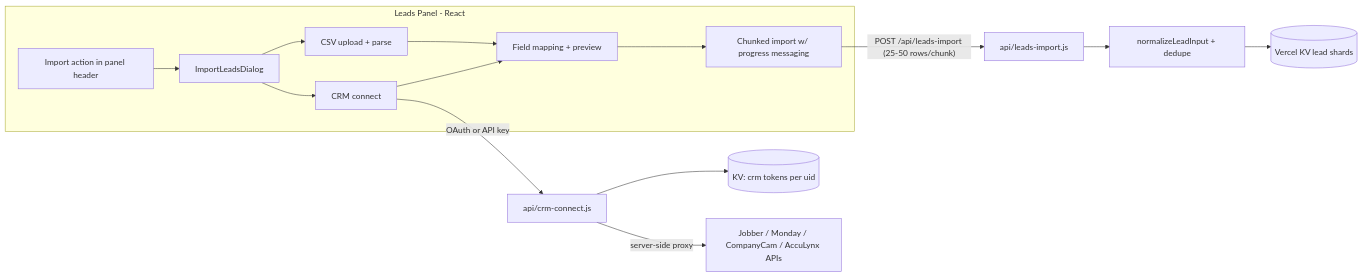
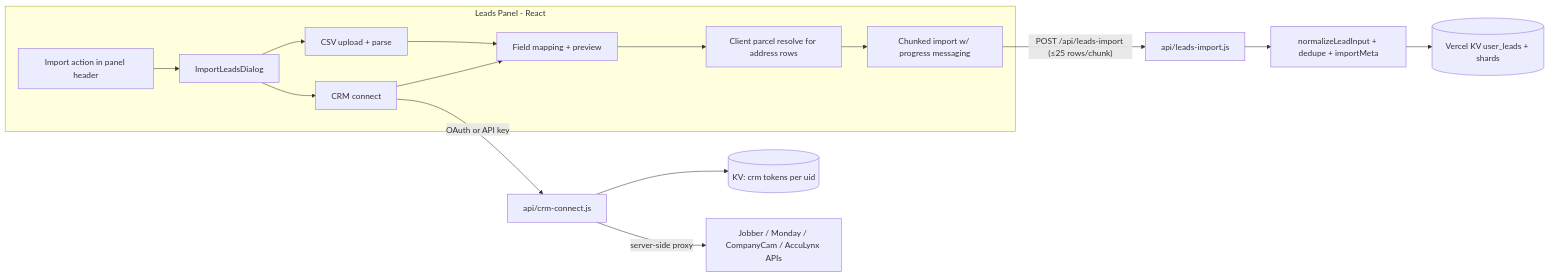
One commit to Benjruelas/property-list-builder changed the diagram in docs/plans/lead-import-feature.md. Above: the diagram before and after it, drawn with Mermaid. The commit also changed other lines of this file, not shown here.

First line of the commit message:
docs: revise lead import plan after codebase review

````diff
--- a/docs/plans/lead-import-feature.md
+++ b/docs/plans/lead-import-feature.md
@@ -18,16 +21,17 @@
 ```mermaid
 flowchart LR
   subgraph client [Leads Panel - React]
     ImportBtn[Import action in panel header] --> ImportDialog[ImportLeadsDialog]
     ImportDialog --> CsvFlow[CSV upload + parse]
     ImportDialog --> CrmFlow[CRM connect]
     CsvFlow --> Mapper[Field mapping + preview]
     CrmFlow --> Mapper
-    Mapper --> Batcher[Chunked import w/ progress messaging]
+    Mapper --> ParcelPrep[Client parcel resolve for address rows]
+    ParcelPrep --> Batcher[Chunked import w/ progress messaging]
   end
-  Batcher -->|"POST /api/leads-import (25-50 rows/chunk)"| BulkApi[api/leads-import.js]
+  Batcher -->|"POST /api/leads-import (≤25 rows/chunk)"| BulkApi[api/leads-import.js]
   CrmFlow -->|OAuth or API key| ConnectApi[api/crm-connect.js]
   ConnectApi --> Tokens[(KV: crm tokens per uid)]
   ConnectApi -->|server-side proxy| Vendors[Jobber / Monday / CompanyCam / AccuLynx APIs]
-  BulkApi --> Norm[normalizeLeadInput + dedupe] --> KV[(Vercel KV lead shards)]
+  BulkApi --> Norm[normalizeLeadInput + dedupe + importMeta] --> KV[(Vercel KV user_leads + shards)]
 ```
````
